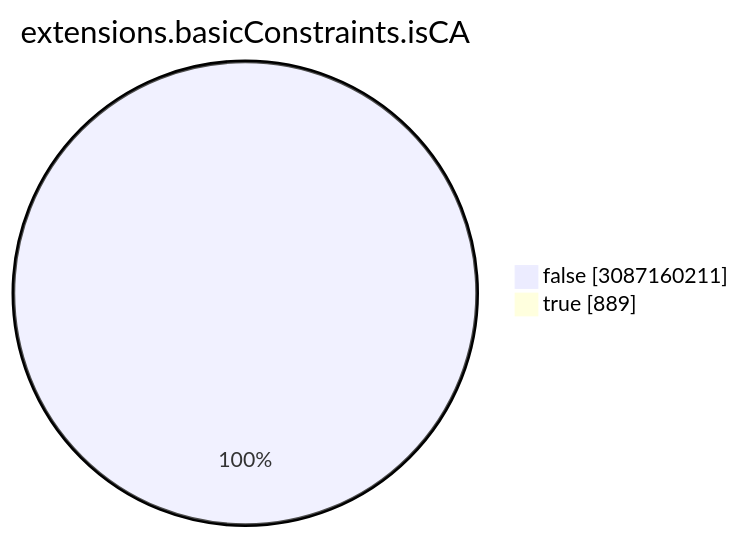
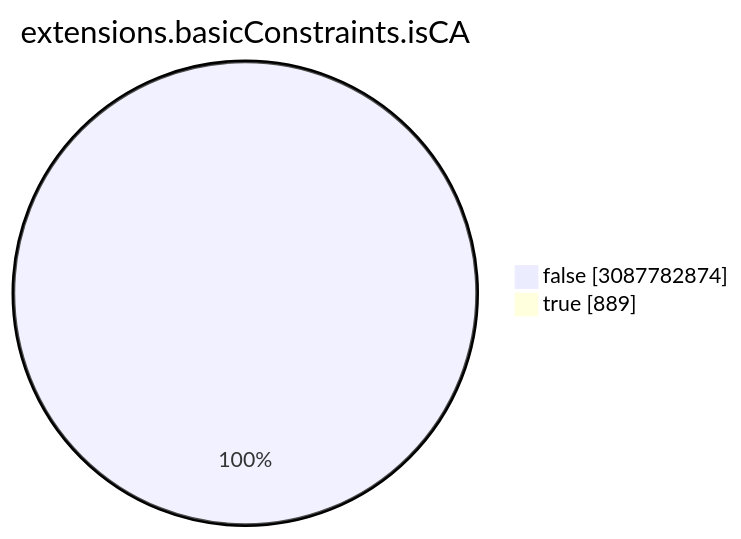
Before and after one commit to christiankrug/ctmonitor_visualization: the seventh of 15 diagrams in TOTAL/README.md, drawn with Mermaid. The commit also changed other lines of this file, not shown here.

````diff
--- a/TOTAL/README.md
+++ b/TOTAL/README.md
@@ -3088,6 +3088,6 @@
 ```mermaid
 pie showData
 title extensions.basicConstraints.isCA
-"false" :3087160211
+"false" :3087782874
 "true" :889
 ```
````
